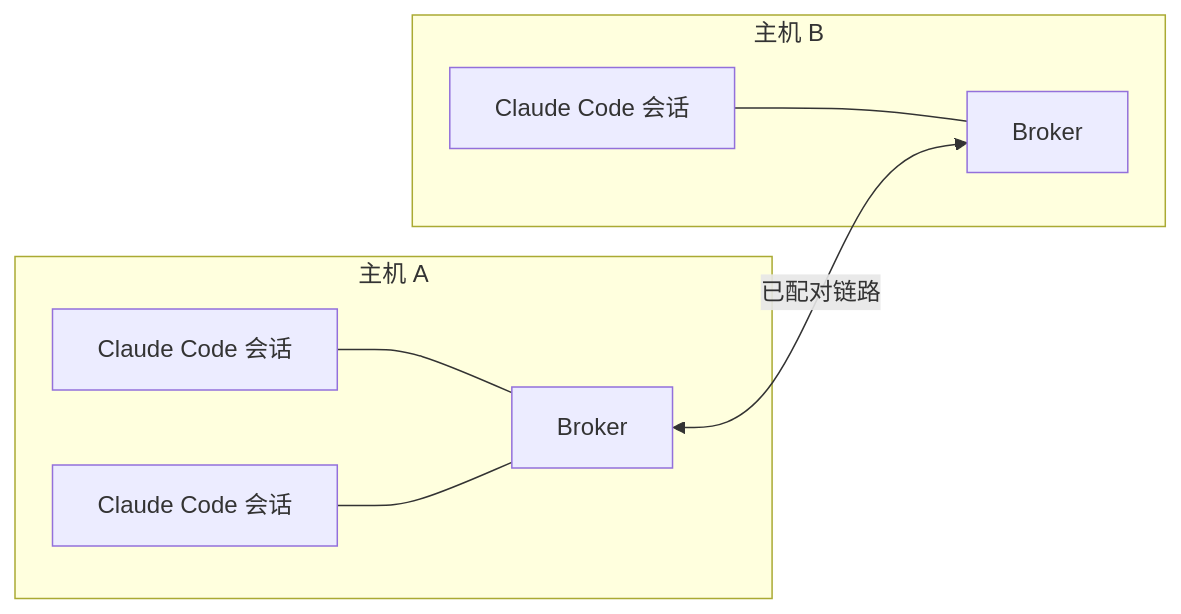
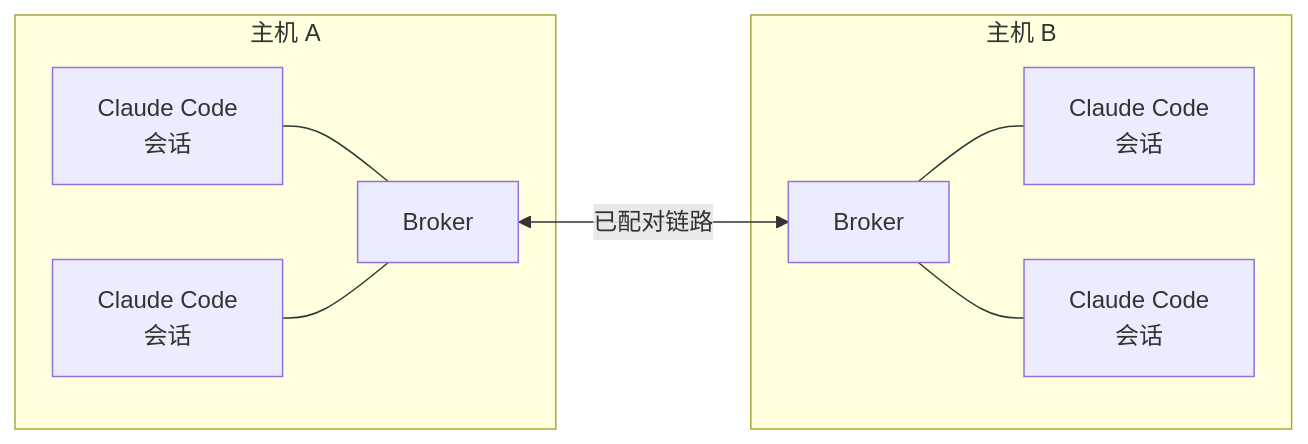
The diagram in docs/site/content/zh/docs/_index.md (wangzw/agent-peer), drawn with Mermaid before and after one commit. The commit also changed 2 other files, not shown here.

Commit message:
fix(site): redraw the overview diagram symmetrically
The overview diagram gave Host A two sessions but Host B only one, so the
paired link had to route around the session on Host B, the session-to-Broker
edges crossed, and the two host boxes sat at different heights. Both hosts now
declare two sessions and one Broker, with the Broker declared first on Host B
so that the Brokers face each other across the link and the sessions face
outward. An explicit line break in the session labels replaces the automatic
wrap that split a word. The theme's own colours are kept, so light and dark
mode render unchanged.

Scaling the diagram to the content column left its labels too small to read on
a phone. Below the theme's 768 px single-column breakpoint the SVG now keeps
its natural width and the diagram scrolls inside its own container, while the
page itself does not scroll. mmdc renders both blocks and local screenshots at
desktop and mobile widths confirm the layout.

````diff
--- a/docs/site/content/zh/docs/_index.md
+++ b/docs/site/content/zh/docs/_index.md
@@ -14,16 +14,18 @@
 ```mermaid
 flowchart LR
   subgraph hostA["主机 A"]
-    sessionA1["Claude Code 会话"]
-    sessionA2["Claude Code 会话"]
+    sessionA1["Claude Code<br/>会话"]
+    sessionA2["Claude Code<br/>会话"]
     brokerA["Broker"]
     sessionA1 --- brokerA
     sessionA2 --- brokerA
   end
   subgraph hostB["主机 B"]
-    sessionB1["Claude Code 会话"]
     brokerB["Broker"]
-    sessionB1 --- brokerB
+    sessionB1["Claude Code<br/>会话"]
+    sessionB2["Claude Code<br/>会话"]
+    brokerB --- sessionB1
+    brokerB --- sessionB2
   end
   brokerA <-->|已配对链路| brokerB
 ```
````
